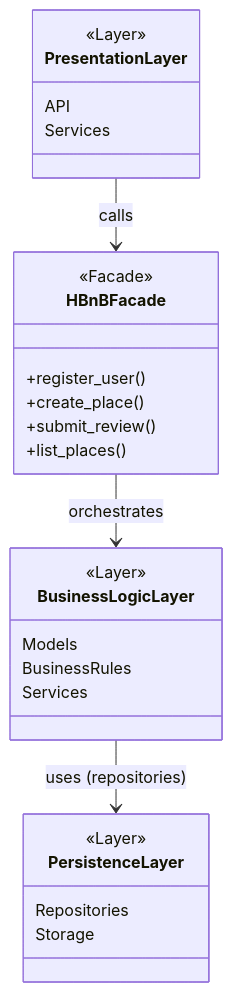
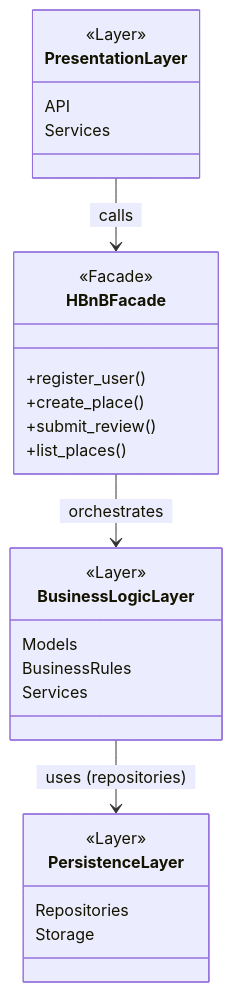
One commit to Aythann/holbertonschool-hbnb changed the diagram in part1/01_architecture.mmd. Above: the diagram before and after it, drawn with Mermaid.

Commit message:
Update architecture file

```diff
--- a/part1/01_architecture.mmd
+++ b/part1/01_architecture.mmd
@@ -1,32 +1,32 @@
 classDiagram
 
 class PresentationLayer {
   <<Layer>>
   API
   Services
 }
 
 class HBnBFacade {
   <<Facade>>
   +register_user()
   +create_place()
   +submit_review()
   +list_places()
 }
 
 class BusinessLogicLayer {
   <<Layer>>
   Models
   BusinessRules
   Services
 }
 
 class PersistenceLayer {
   <<Layer>>
   Repositories
   Storage
 }
 
-PresentationLayer --> HBnBFacade : calls
-HBnBFacade --> BusinessLogicLayer : orchestrates
-BusinessLogicLayer --> PersistenceLayer : uses (repositories)
+PresentationLayer --> HBnBFacade : &nbsp calls &nbsp
+HBnBFacade --> BusinessLogicLayer : &nbsp orchestrates &nbsp
+BusinessLogicLayer --> PersistenceLayer : &nbsp uses (repositories) &nbsp
```
